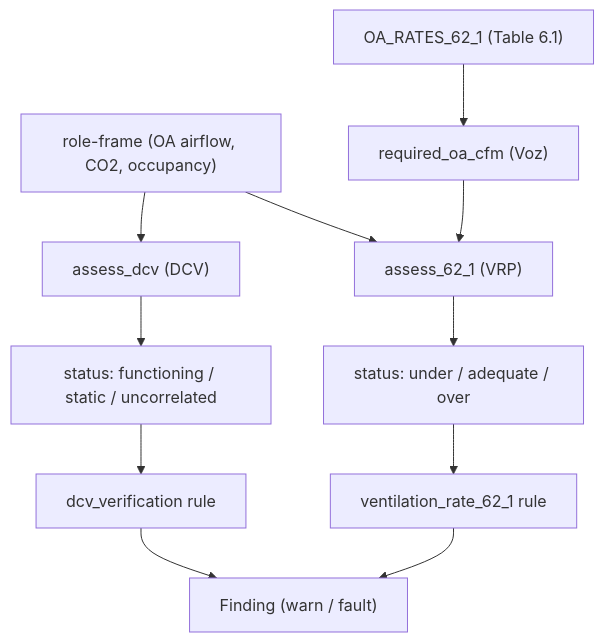
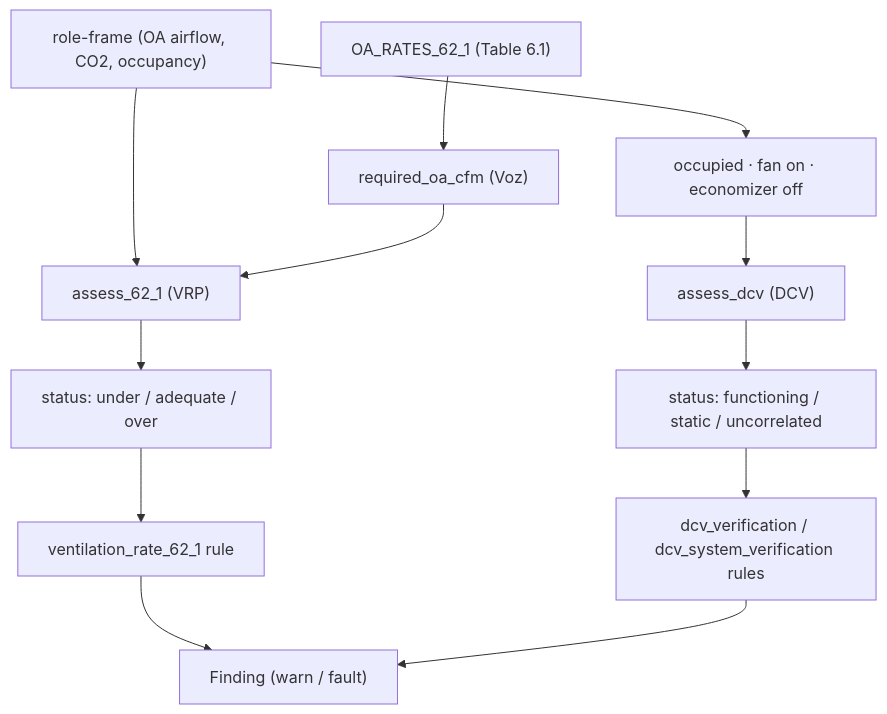
Before and after one commit to yroussev/camber: the diagram in docs/VENTILATION.md, drawn with Mermaid. The commit also changed other lines of this file and 17 other files, not shown here.

First line of the commit message:
0.82.0: DCV verification judged the economizer, not the DCV

````diff
--- a/docs/VENTILATION.md
+++ b/docs/VENTILATION.md
@@ -11,13 +11,14 @@
 ```mermaid
 flowchart TD
   frame["role-frame (OA airflow, CO2, occupancy)"] --> vrp["assess_62_1 (VRP)"]
-  frame --> dcv["assess_dcv (DCV)"]
+  frame --> gate["occupied · fan on · economizer off"]
+  gate --> dcv["assess_dcv (DCV)"]
   rates["OA_RATES_62_1 (Table 6.1)"] --> req["required_oa_cfm (Voz)"]
   req --> vrp
   vrp --> vstatus["status: under / adequate / over"]
   dcv --> dstatus["status: functioning / static / uncorrelated"]
   vstatus --> rule1["ventilation_rate_62_1 rule"]
-  dstatus --> rule2["dcv_verification rule"]
+  dstatus --> rule2["dcv_verification / dcv_system_verification rules"]
   rule1 --> finding["Finding (warn / fault)"]
   rule2 --> finding
 ```
````
